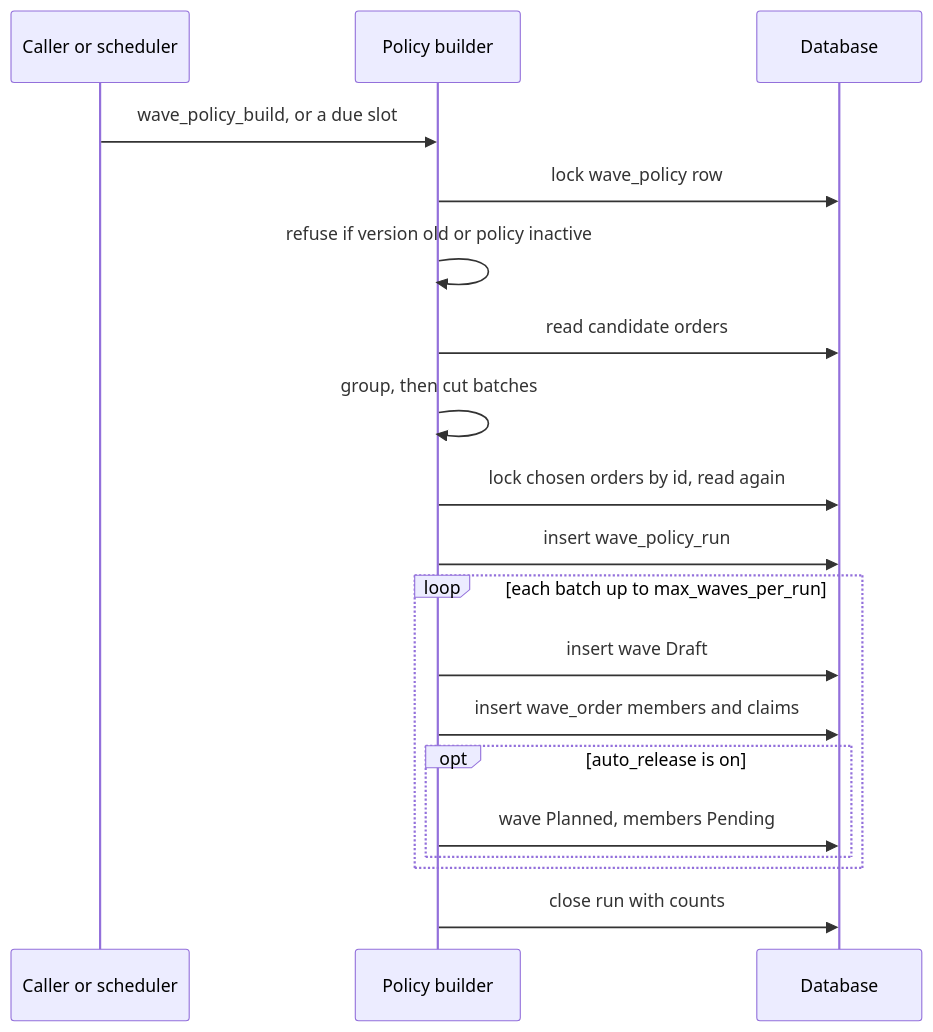
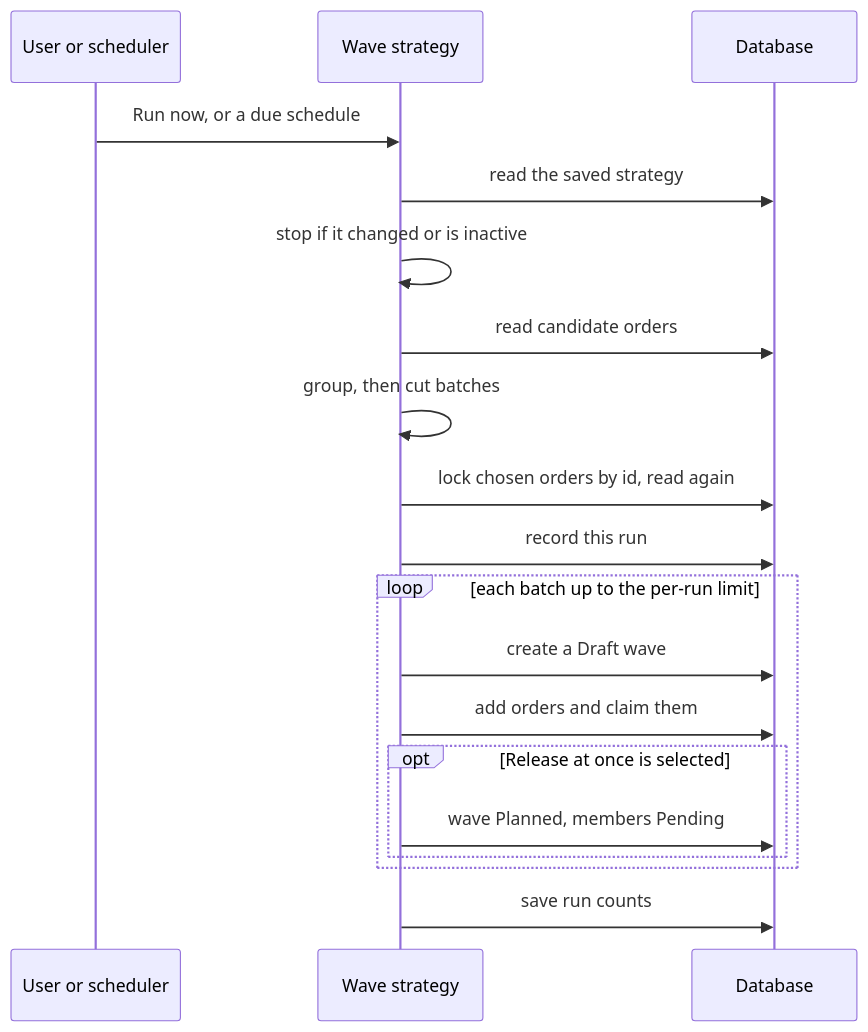
One commit to msmurygin/quark-docs changed the first of 4 diagrams in docs-obsidian/user-guide/diagrams/allocation/12-journey-wave.md. Above: the diagram before and after it, drawn with Mermaid. The commit also changed other lines of this file and 10 other files, not shown here.

````diff
--- a/docs-obsidian/user-guide/diagrams/allocation/12-journey-wave.md
+++ b/docs-obsidian/user-guide/diagrams/allocation/12-journey-wave.md
@@ -17,22 +17,22 @@
 ```mermaid
 sequenceDiagram
-    participant C as Caller or scheduler
-    participant B as Policy builder
+    participant C as User or scheduler
+    participant B as Wave strategy
     participant DB as Database
 
-    C->>B: wave_policy_build, or a due slot
-    B->>DB: lock wave_policy row
-    B->>B: refuse if version old or policy inactive
+    C->>B: Run now, or a due schedule
+    B->>DB: read the saved strategy
+    B->>B: stop if it changed or is inactive
     B->>DB: read candidate orders
     B->>B: group, then cut batches
     B->>DB: lock chosen orders by id, read again
-    B->>DB: insert wave_policy_run
-    loop each batch up to max_waves_per_run
-        B->>DB: insert wave Draft
-        B->>DB: insert wave_order members and claims
-        opt auto_release is on
+    B->>DB: record this run
+    loop each batch up to the per-run limit
+        B->>DB: create a Draft wave
+        B->>DB: add orders and claim them
+        opt Release at once is selected
             B->>DB: wave Planned, members Pending
         end
     end
-    B->>DB: close run with counts
+    B->>DB: save run counts
 ```
````
